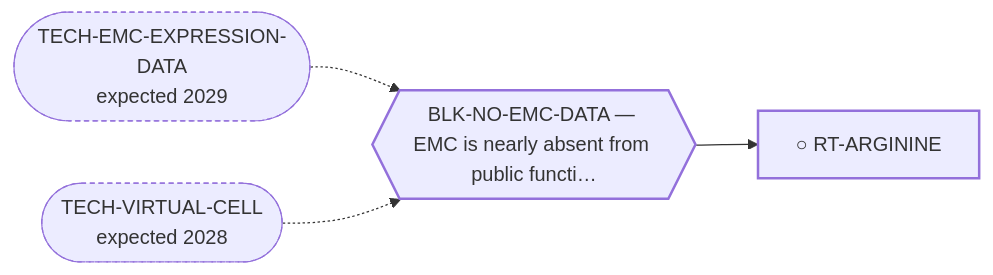
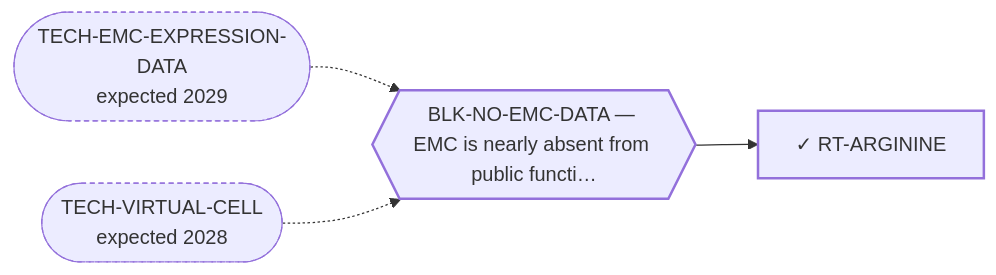
One commit to trimcrae/Rare-cancers changed the diagram in systems/views/L2-rt-arginine.md. Above: the diagram before and after it, drawn with Mermaid. The commit also changed other lines of this file and 17 other files, not shown here.

````diff
--- a/systems/views/L2-rt-arginine.md
+++ b/systems/views/L2-rt-arginine.md
@@ -27,14 +27,14 @@
 ```mermaid
 flowchart LR
-  RT_ARGININE["○ RT-ARGININE"]:::fam
+  RT_ARGININE["✓ RT-ARGININE"]:::fam
   BLK_NO_EMC_DATA{{"BLK-NO-EMC-DATA — EMC is nearly absent from public functi…"}}:::blk
   BLK_NO_EMC_DATA --> RT_ARGININE
   TECH_EMC_EXPRESSION_DATA(["TECH-EMC-EXPRESSION-DATA<br/>expected 2029"]):::tech
   TECH_EMC_EXPRESSION_DATA -.-> BLK_NO_EMC_DATA
   TECH_VIRTUAL_CELL(["TECH-VIRTUAL-CELL<br/>expected 2028"]):::tech
   TECH_VIRTUAL_CELL -.-> BLK_NO_EMC_DATA
   classDef fam stroke-width:2px;
   classDef blk stroke-width:2px;
   classDef perm stroke-width:4px;
   classDef tech stroke-width:1px,stroke-dasharray:4 3;
 ```
````
